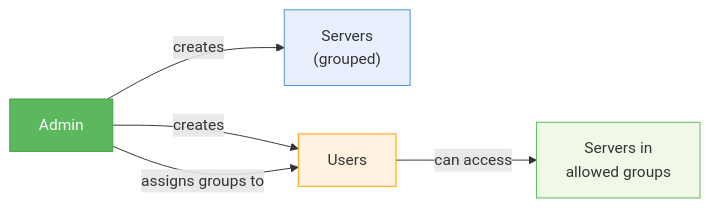
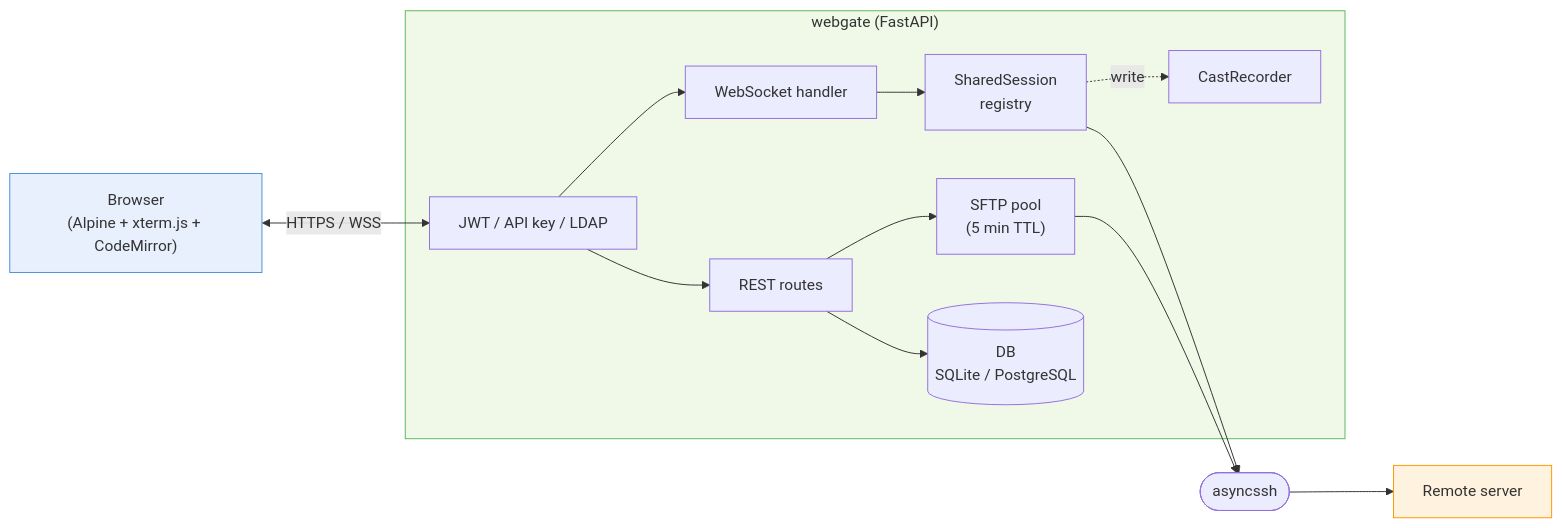
The third of 7 diagrams in README.md (kalexnolasco/webgate), drawn with Mermaid before and after one commit. The commit also changed other lines of this file and 3 other files, not shown here.

````diff
--- a/README.md
+++ b/README.md
@@ -329,15 +198,30 @@
 ```mermaid
 flowchart LR
-    ADMIN["Admin"] -->|creates| SERVERS["Servers
-    (grouped)"]
-    ADMIN -->|creates| USERS["Users"]
-    ADMIN -->|assigns groups to| USERS
+    Browser["Browser<br/>(Alpine + xterm.js + CodeMirror)"]
+    subgraph webgate ["webgate (FastAPI)"]
+        AUTH["JWT / API key / LDAP"]
+        REST["REST routes"]
+        WS["WebSocket handler"]
+        POOL["SFTP pool<br/>(5 min TTL)"]
+        SHARED["SharedSession<br/>registry"]
+        REC["CastRecorder"]
+        DB[("DB<br/>SQLite / PostgreSQL")]
+    end
+    SSH(["asyncssh"])
+    REMOTE["Remote server"]
 
-    USERS -->|can access| ALLOWED["Servers in
-    allowed groups"]
+    Browser <-- "HTTPS / WSS" --> AUTH
+    AUTH --> REST
+    AUTH --> WS
+    REST --> POOL
+    REST --> DB
+    WS --> SHARED
+    SHARED -. write .-> REC
+    SHARED --> SSH
+    POOL --> SSH
+    SSH --> REMOTE
 
-    style ADMIN fill:#5cb85c,stroke:#449d44,color:#fff
-    style SERVERS fill:#e8f0fe,stroke:#4a90d9
-    style USERS fill:#fff3e0,stroke:#ff9800
-    style ALLOWED fill:#f0f9e8,stroke:#5cb85c
+    style Browser fill:#e8f0fe,stroke:#4a90d9
+    style webgate fill:#f0f9e8,stroke:#5cb85c
+    style REMOTE fill:#fff3e0,stroke:#ff9800
 ```
````
